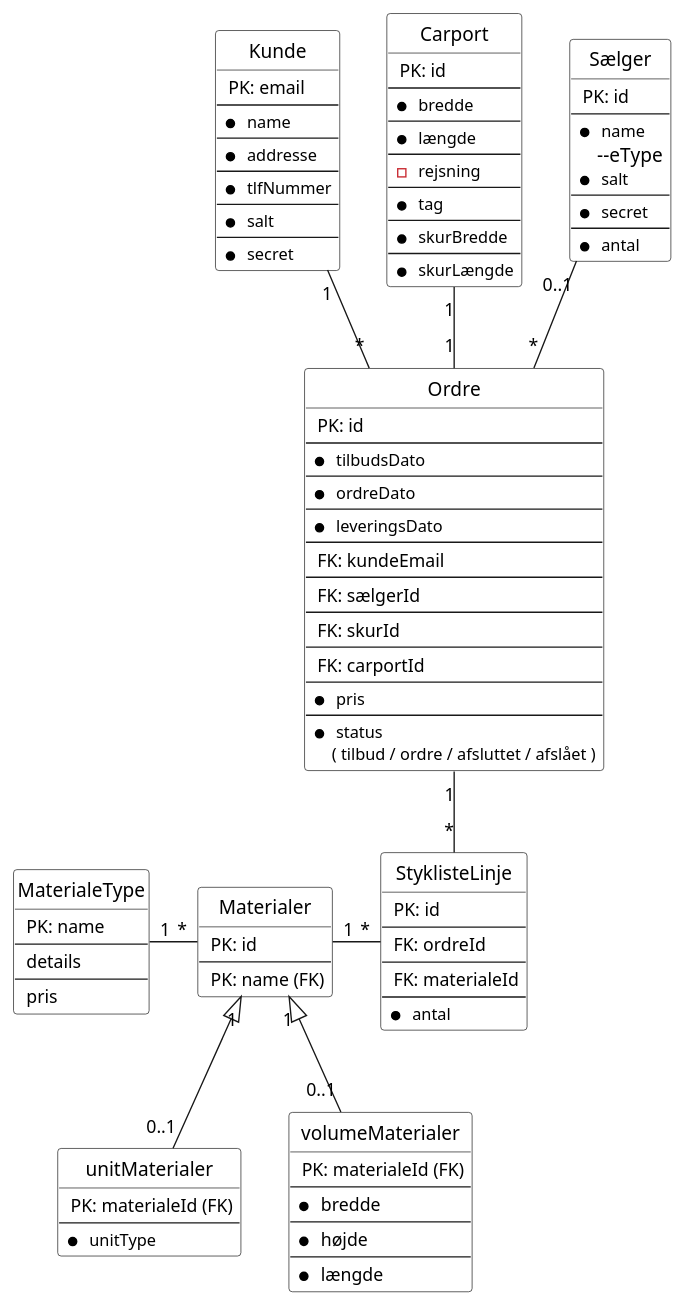
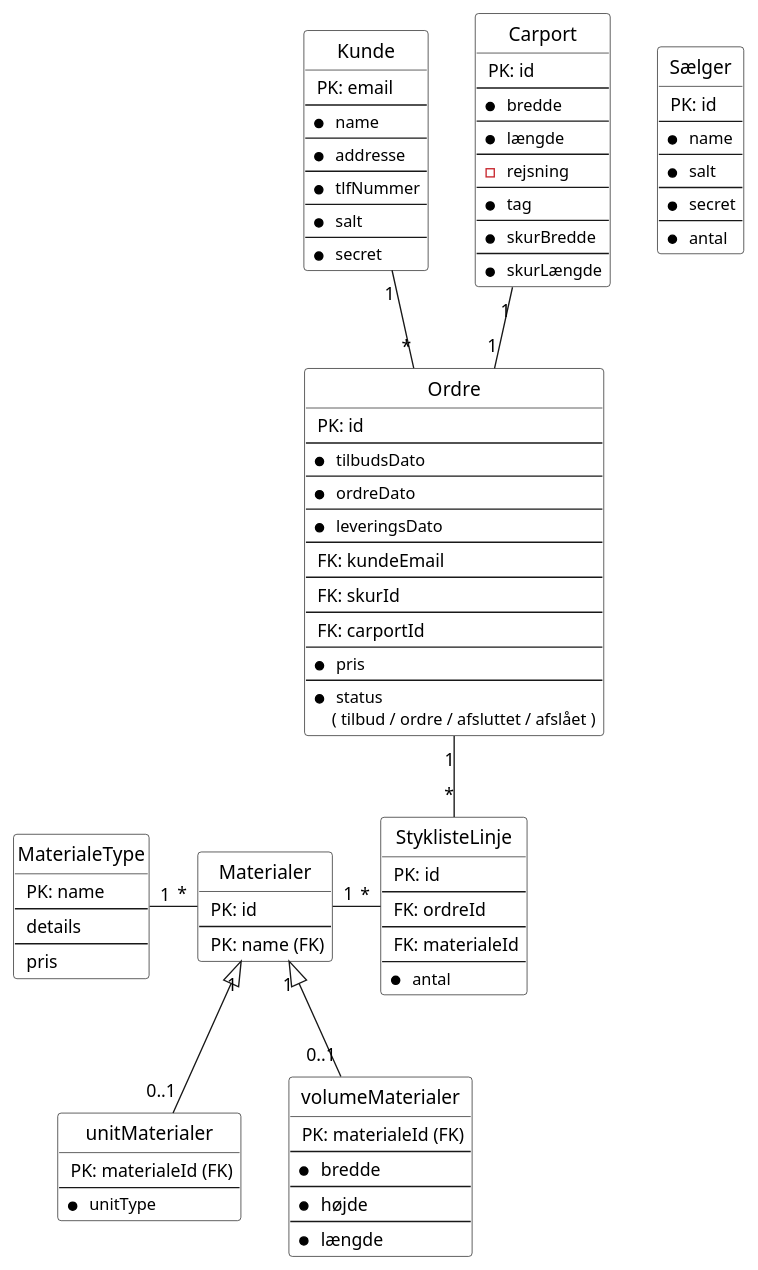
The second of 2 diagrams in src/main/Diagrammer/ER.puml (jensgelbek/Fog), drawn with PlantUML before and after one commit. The commit also changed other lines of this file and 9 other files, not shown here.

```diff
--- a/src/main/Diagrammer/ER.puml
+++ b/src/main/Diagrammer/ER.puml
@@ -104,125 +102,123 @@
 @startuml
 
 skinparam wrapWidth 300
 
 hide circle
 hide empty members
 
 entity Kunde #White {
    <size:13> PK: email
    --
    * <size:12> name
    --
    * <size:12> addresse
    --
    * <size:12> tlfNummer
    --
    * <size:12> salt
    --
    * <size:12> secret
 }
 
 entity Carport #White {
    <size:13> PK: id
    --
    * <size:12> bredde
    --
    * <size:12> længde
    --
    - <size:12> rejsning
    --
    * <size:12> tag
    --
    * <size:12> skurBredde
    --
    * <size:12> skurLængde
 }
 
 
 entity Ordre  #White {
    <size:13> PK: id
    --
    * <size:12> tilbudsDato
    --
    * <size:12> ordreDato
    --
    * <size:12> leveringsDato
    --
    <size:13> FK: kundeEmail
-   --
-   <size:13> FK: sælgerId
    --
    <size:13> FK: skurId
    --
    <size:13> FK: carportId
    --
    * <size:12> pris
    --
    * <size:12> status
     <size:12>( tilbud / ordre / afsluttet / afslået )
 }
 
 entity unitMaterialer #White {
    <size:13> PK: materialeId (FK)
    --
    * <size:12> unitType
 }
 
 entity volumeMaterialer #White {
    <size:13> PK: materialeId (FK)
    --
    * <size:13> bredde
    --
    * <size:13> højde
    --
    * <size:13> længde
 }
 
 entity Materialer #White {
    <size:13> PK: id
    --
    <size:13> PK: name (FK)
  }
 
 entity MaterialeType #White {
  <size:13> PK: name
  --
  <size:13> details
  --
  <size:13> pris
 }
 
 entity StyklisteLinje #White {
    <size:13> PK: id
    --
   <size:13> FK: ordreId
    --
    <size:13> FK: materialeId
    --
    * <size:12> antal
 }
 
 entity Sælger #White {
    <size:13> PK: id
    --
    * <size:12> name
-   --eType
+   --
    * <size:12> salt
    --
    * <size:12> secret
    --
    * <size:12> antal
 }
 
 
 
 
 Kunde "1" -- "*" Ordre
-Sælger "0..1" -- "*" Ordre
+
 Carport "1" -- "1" Ordre
 Ordre "1" -- "*" StyklisteLinje
 Materialer "1" - "*" StyklisteLinje
 Materialer "1" <|-- "0..1" volumeMaterialer
 Materialer "1" <|-- "0..1" unitMaterialer
 MaterialeType "1" - "*" Materialer
 @enduml
```
